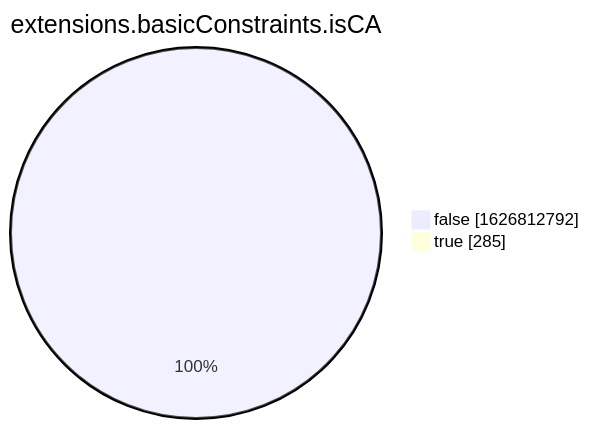
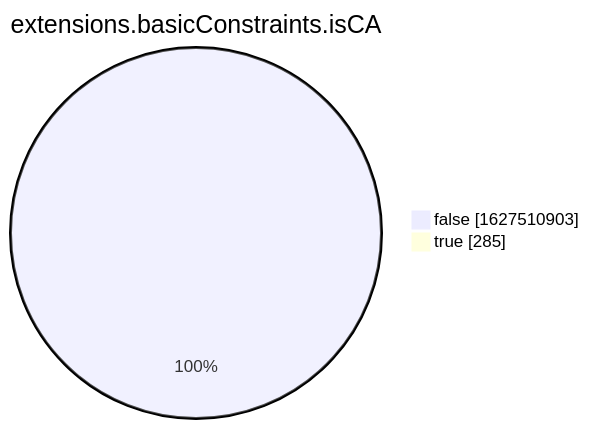
One commit to christiankrug/ctmonitor_visualization changed the eighth of 15 diagrams in xenon2022/README.md. Above: the diagram before and after it, drawn with Mermaid. The commit also changed other lines of this file, not shown here.

````diff
--- a/xenon2022/README.md
+++ b/xenon2022/README.md
@@ -2863,6 +2863,6 @@
 ```mermaid
 pie showData
 title extensions.basicConstraints.isCA
-"false" :1626812792
+"false" :1627510903
 "true" :285
 ```
````
